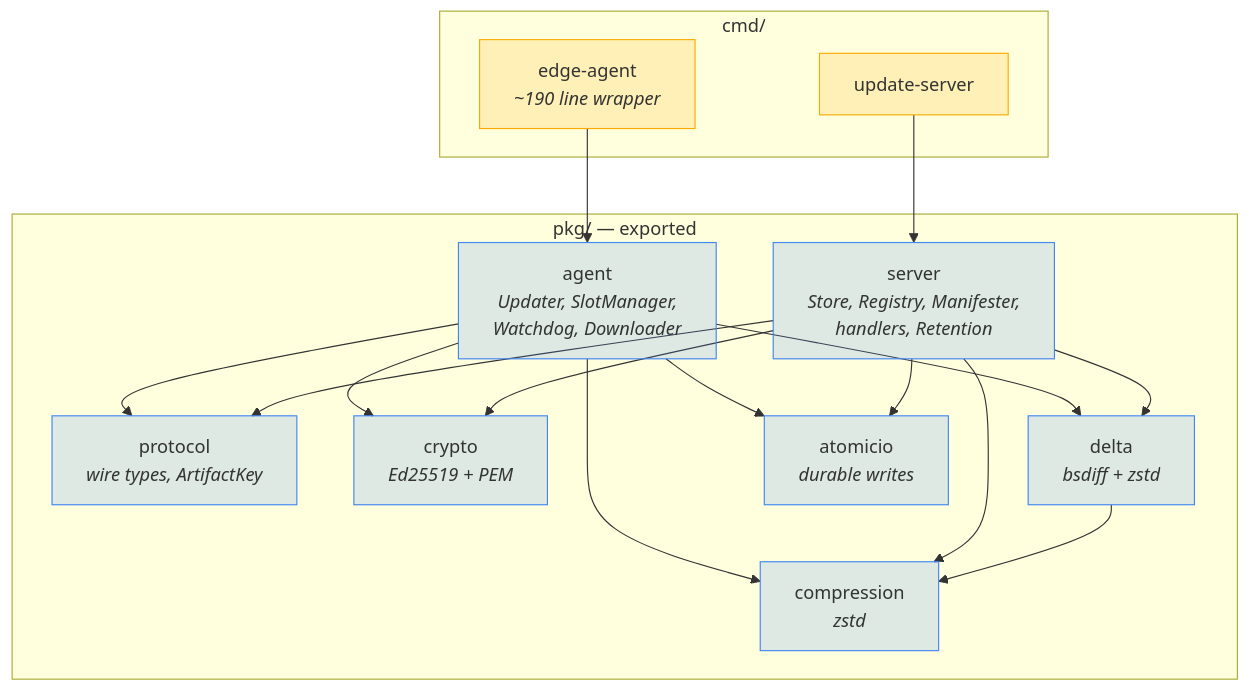
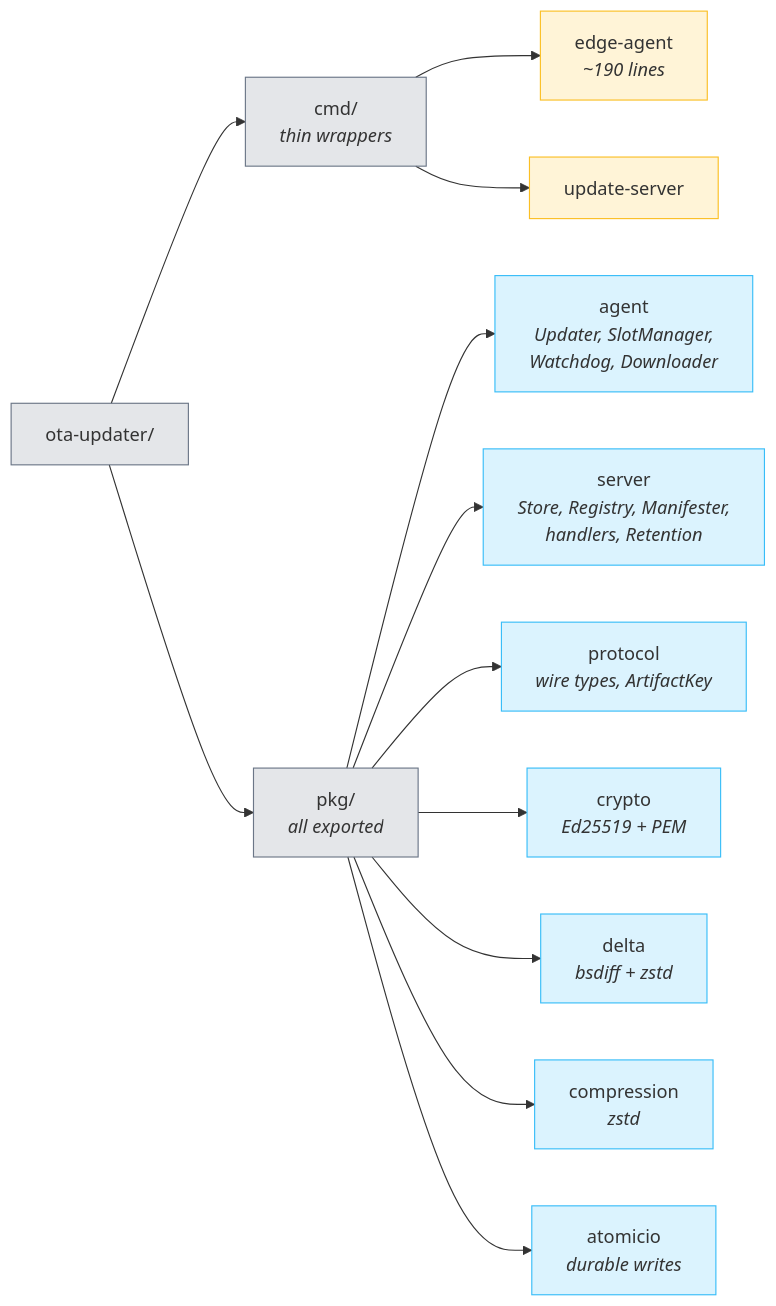
The first of 5 diagrams in site/content/architecture/_index.md (carlosprados/ota-updater), drawn with Mermaid before and after one commit. The commit also changed other lines of this file and 17 other files, not shown here.

````diff
--- a/site/content/architecture/_index.md
+++ b/site/content/architecture/_index.md
@@ -13,28 +13,23 @@
 ```mermaid
-flowchart TB
-    subgraph CMD["cmd/"]
-        EA["edge-agent<br/><i>~190 line wrapper</i>"]
-        US["update-server"]
-    end
+flowchart LR
+    ROOT["ota-updater/"] --> CMD["cmd/<br/><i>thin wrappers</i>"]
+    ROOT --> PKG["pkg/<br/><i>all exported</i>"]
 
-    subgraph PKG["pkg/ — exported"]
-        AGENT["agent<br/><i>Updater, SlotManager,<br/>Watchdog, Downloader</i>"]
-        SERVER["server<br/><i>Store, Registry, Manifester,<br/>handlers, Retention</i>"]
-        PROTO["protocol<br/><i>wire types, ArtifactKey</i>"]
-        CRYPTO["crypto<br/><i>Ed25519 + PEM</i>"]
-        DELTA["delta<br/><i>bsdiff + zstd</i>"]
-        COMP["compression<br/><i>zstd</i>"]
-        AIO["atomicio<br/><i>durable writes</i>"]
-    end
+    CMD --> EA["edge-agent<br/><i>~190 lines</i>"]
+    CMD --> US["update-server"]
 
-    EA --> AGENT
-    US --> SERVER
-    AGENT --> PROTO & CRYPTO & DELTA & COMP & AIO
-    SERVER --> PROTO & CRYPTO & DELTA & COMP & AIO
-    DELTA --> COMP
+    PKG --> AGENT["agent<br/><i>Updater, SlotManager,<br/>Watchdog, Downloader</i>"]
+    PKG --> SERVER["server<br/><i>Store, Registry, Manifester,<br/>handlers, Retention</i>"]
+    PKG --> PROTO["protocol<br/><i>wire types, ArtifactKey</i>"]
+    PKG --> CRYPTO["crypto<br/><i>Ed25519 + PEM</i>"]
+    PKG --> DELTA["delta<br/><i>bsdiff + zstd</i>"]
+    PKG --> COMP["compression<br/><i>zstd</i>"]
+    PKG --> AIO["atomicio<br/><i>durable writes</i>"]
 
-    classDef entry fill:#f9ab002e,stroke:#f9ab00
-    classDef lib fill:#4285f42e,stroke:#4285f4
+    classDef dir fill:#6b76872e,stroke:#6b7687
+    classDef entry fill:#fbbf242e,stroke:#fbbf24
+    classDef lib fill:#38bdf82e,stroke:#38bdf8
+    class ROOT,CMD,PKG dir
     class EA,US entry
     class AGENT,SERVER,PROTO,CRYPTO,DELTA,COMP,AIO lib
 ```
````
